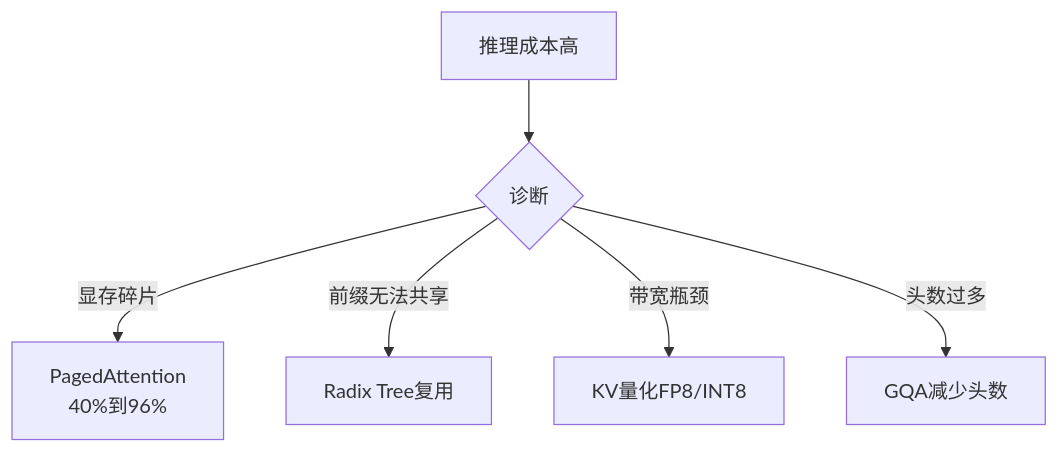
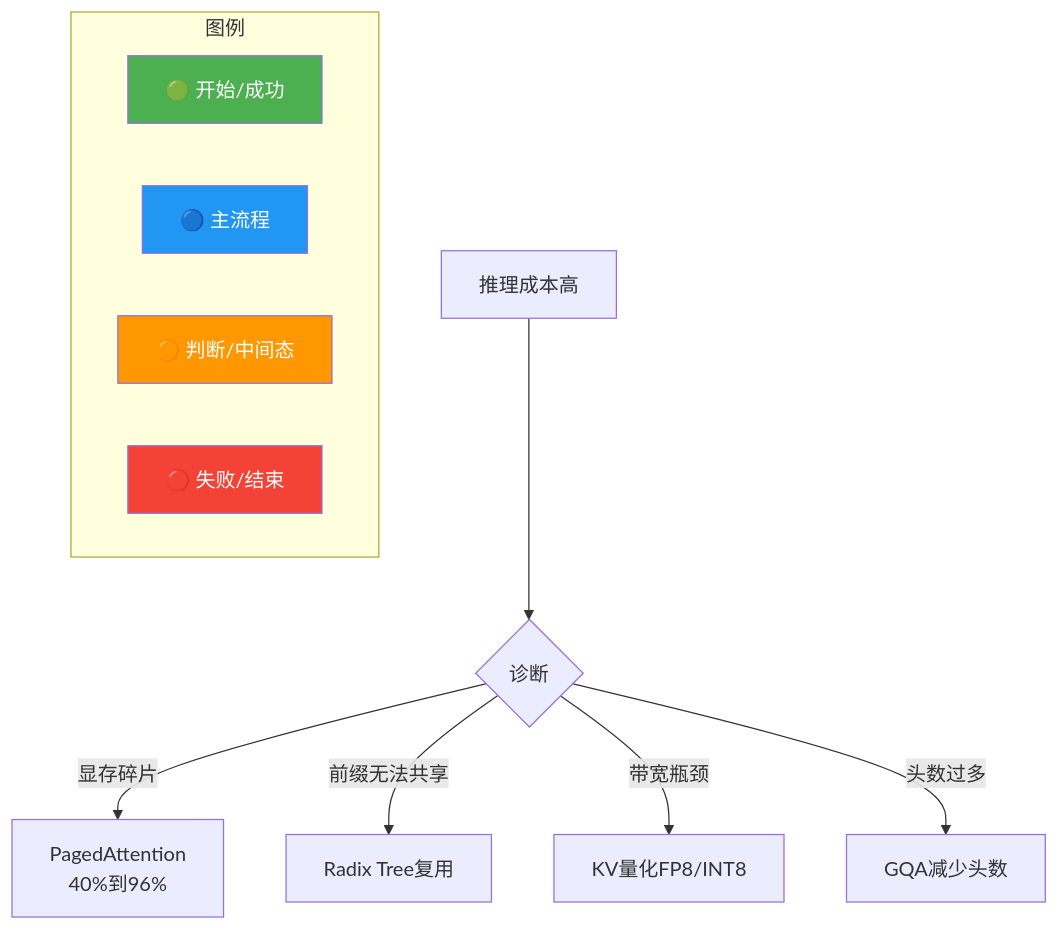
Before and after one commit to SunArthur86/interview-2026: the diagram in questions/ai-harness/zp-infra-004.md, drawn with Mermaid. The commit also changed other lines of this file and 3180 other files, not shown here.

First line of the commit message:
Mermaid颜色增强99% + 面试频率分类(高频1571/中频1115/低频461)

````diff
--- a/questions/ai-harness/zp-infra-004.md
+++ b/questions/ai-harness/zp-infra-004.md
@@ -101,8 +102,29 @@
 ```mermaid
 flowchart TD
+    classDef start fill:#4CAF50,color:#fff
+    classDef process fill:#2196F3,color:#fff
+    classDef decision fill:#FF9800,color:#fff
+    classDef special fill:#9C27B0,color:#fff
+    classDef error fill:#f44336,color:#fff
+    classDef info fill:#607D8B,color:#fff
+    class Diagnose start
+    class GQA process
+    class INT8 decision
+    class Issue special
+    class PA error
+    class PagedAttention info
+    class Quant start
+    class Radix process
+    class br decision
     Issue[推理成本高] --> Diagnose{诊断}
     Diagnose -->|显存碎片| PA[PagedAttention<br/>40%到96%]
     Diagnose -->|前缀无法共享| Radix[Radix Tree复用]
     Diagnose -->|带宽瓶颈| Quant[KV量化FP8/INT8]
     Diagnose -->|头数过多| GQA[GQA减少头数]
+    subgraph Legend["图例"]
+        L1["🟢 开始/成功"]:::start
+        L2["🔵 主流程"]:::process
+        L3["🟠 判断/中间态"]:::decision
+        L4["🔴 失败/结束"]:::error
+    end
 ```
````
